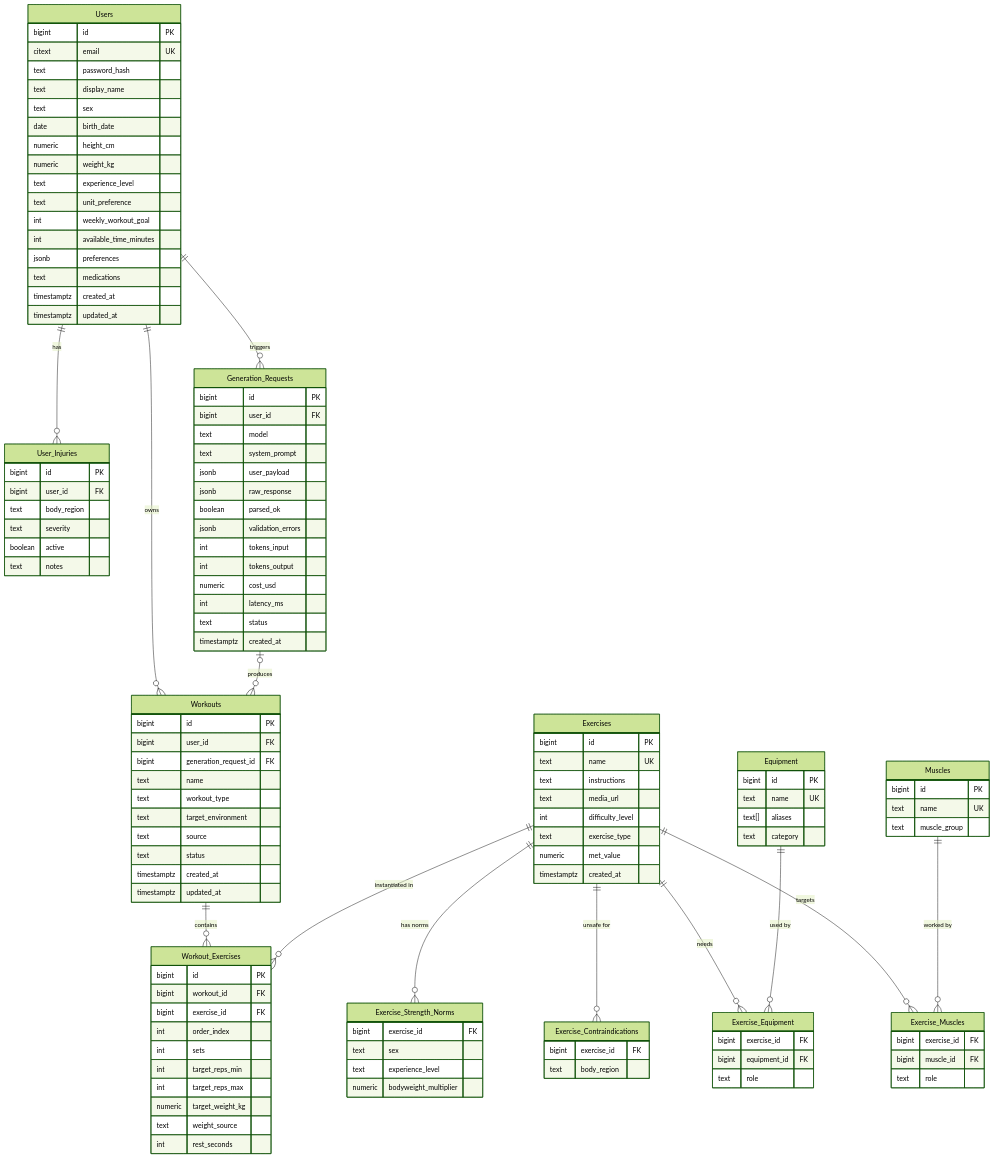
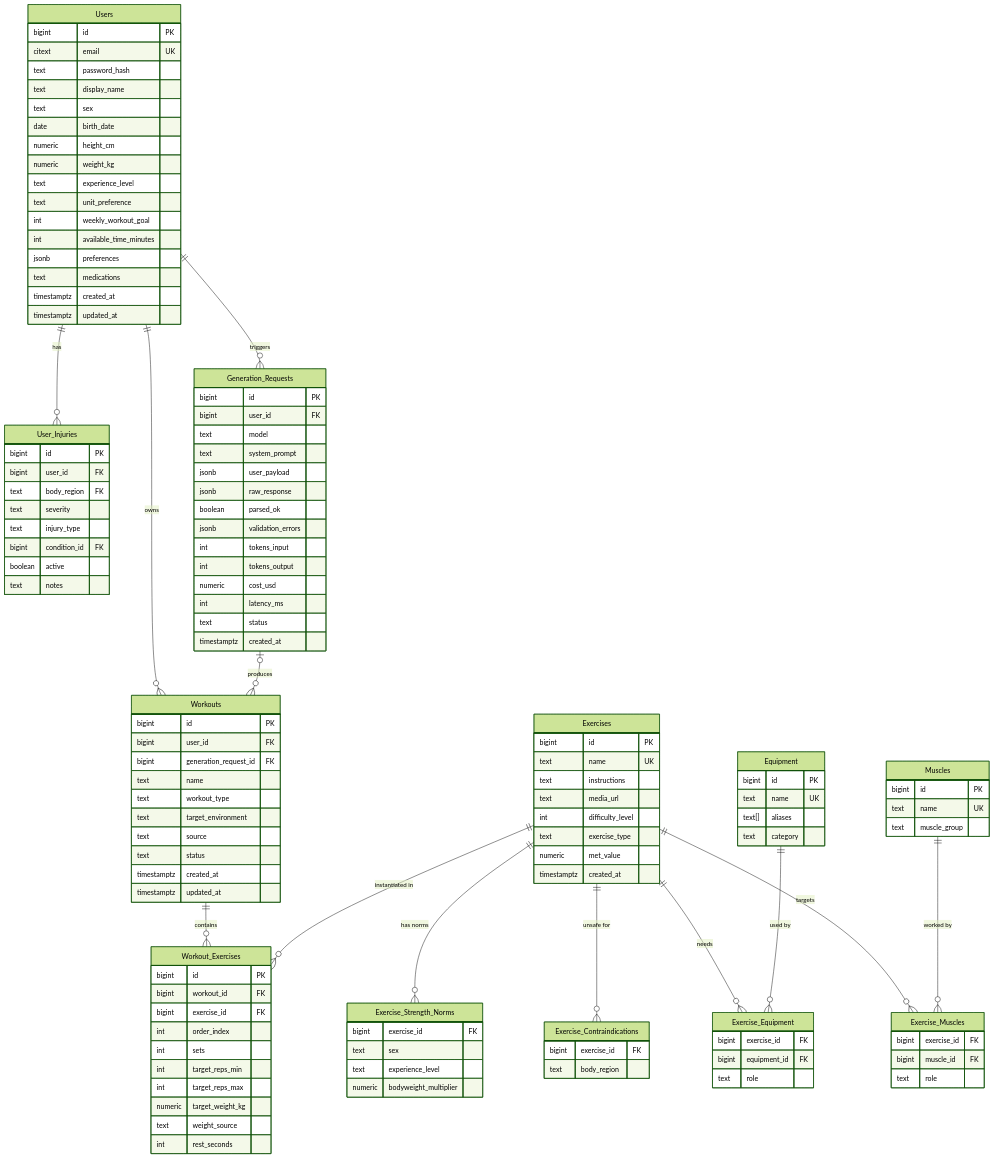
One commit to itaim900/Kinetiq changed the diagram in docs/01-data-model.md. Above: the diagram before and after it, drawn with Mermaid (forest theme). The commit also changed other lines of this file and 4 other files, not shown here.

```diff
--- a/docs/01-data-model.md
+++ b/docs/01-data-model.md
@@ -67,8 +67,10 @@
     User_Injuries {
         bigint id PK
         bigint user_id FK
-        text body_region
+        text body_region FK
         text severity
+        text injury_type
+        bigint condition_id FK
         boolean active
         text notes
     }
```
